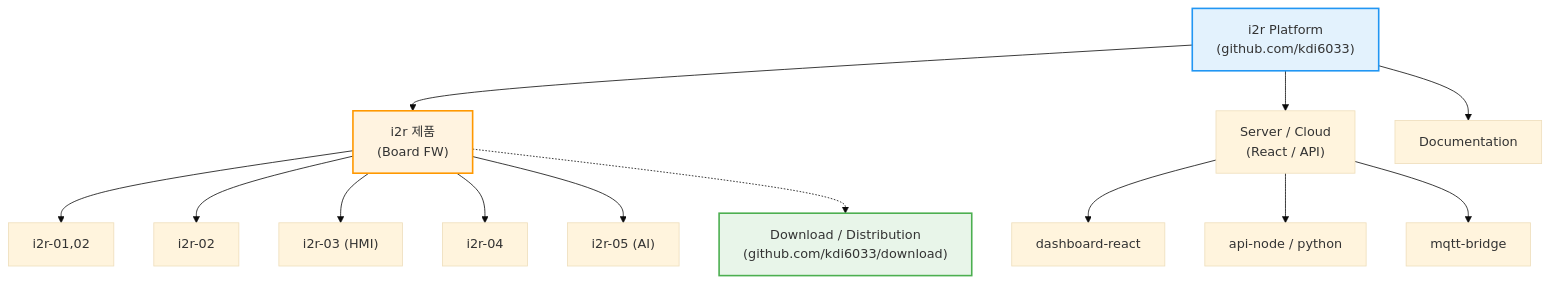
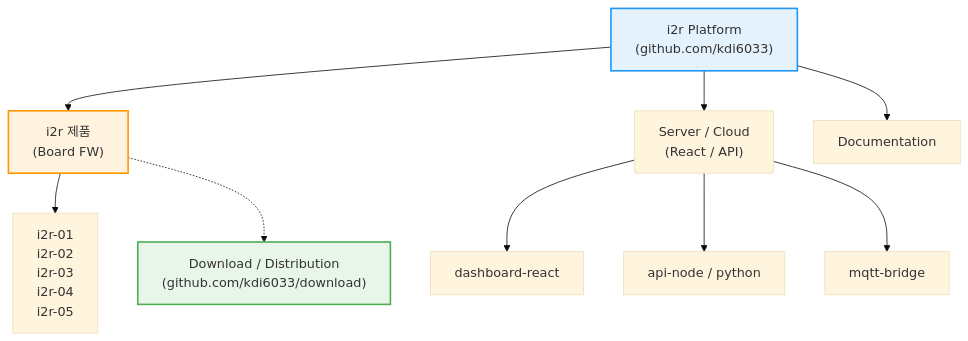
Before and after one commit to kdi6033/kdi6033: the first of 2 diagrams in README.md, drawn with Mermaid (base theme).

````diff
--- a/README.md
+++ b/README.md
@@ -61,27 +61,23 @@
 ```mermaid
 graph TD
     %% Main Platform
     MAIN["i2r Platform<br/>(github.com/kdi6033)"] --> FW["i2r 제품<br/>(Board FW)"]
     MAIN --> CLOUD["Server / Cloud<br/>(React / API)"]
     MAIN --> DOCS["Documentation"]
 
     %% Firmware Branch
-    FW --> I01[i2r-01,02]
-    FW --> I02[i2r-02]
-    FW --> I03["i2r-03 (HMI)"]
-    FW --> I04[i2r-04]
-    FW --> I05["i2r-05 (AI)"]
+    FW --> I01[i2r-01<br/>i2r-02<br/>i2r-03<br/>i2r-04<br/>i2r-05]
     
     %% Cloud Branch
     CLOUD --> R1[dashboard-react]
     CLOUD --> A1[api-node / python]
     CLOUD --> M1[mqtt-bridge]
 
     %% Download Center (Linked from FW)
     FW -.-> DL["Download / Distribution<br/>(github.com/kdi6033/download)"]
 
     %% Styling
     style MAIN fill:#E3F2FD,stroke:#2196F3,stroke-width:2px
     style FW fill:#FFF3E0,stroke:#FF9800,stroke-width:2px
     style DL fill:#E8F5E9,stroke:#4CAF50,stroke-width:2px
 ```
````
